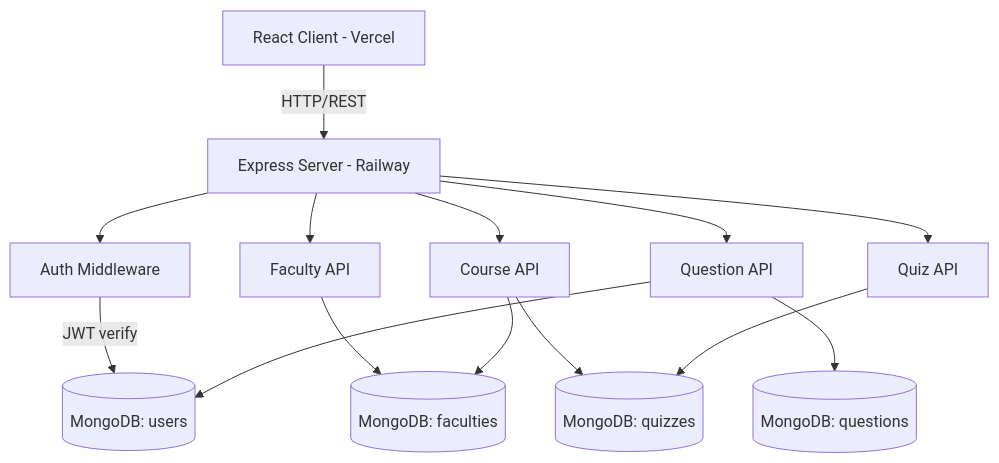
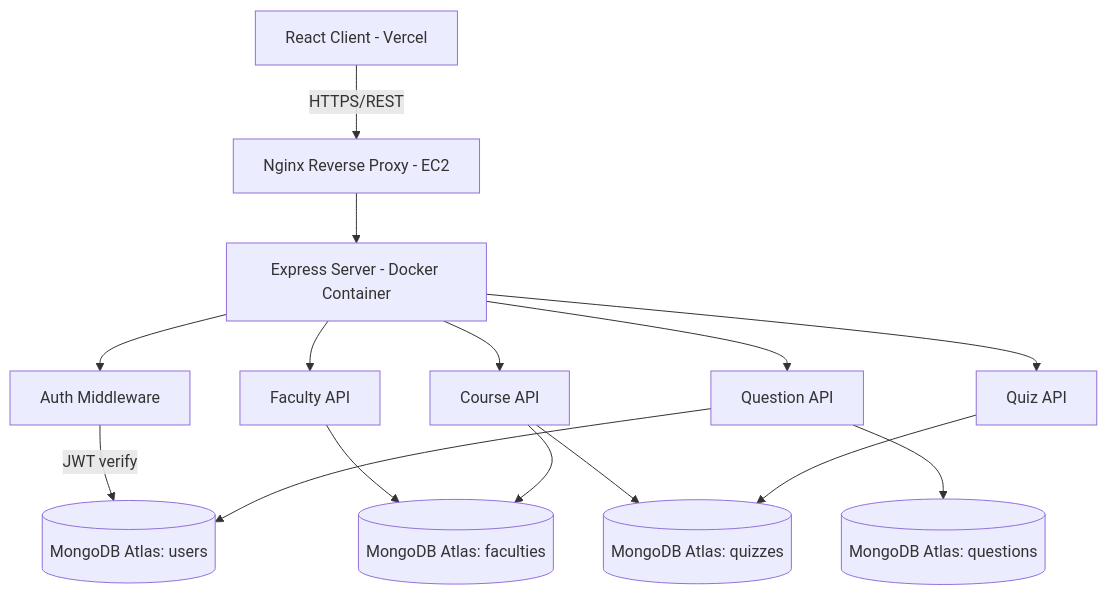
Before and after one commit to abdomohamed911/revquiz-platform: the diagram in README.md, drawn with Mermaid. The commit also changed other lines of this file and 1 other file, not shown here.

````diff
--- a/README.md
+++ b/README.md
@@ -40,16 +45,17 @@
 ```mermaid
 graph TD
-    Client[React Client - Vercel] -->|HTTP/REST| Server[Express Server - Railway]
+    Client[React Client - Vercel] -->|HTTPS/REST| Nginx[Nginx Reverse Proxy - EC2]
+    Nginx --> Server[Express Server - Docker Container]
     Server --> AuthMW[Auth Middleware]
-    AuthMW -->|JWT verify| UserDB[(MongoDB: users)]
+    AuthMW -->|JWT verify| UserDB[(MongoDB Atlas: users)]
     Server --> FacultyAPI[Faculty API]
     Server --> CourseAPI[Course API]
     Server --> QuizAPI[Quiz API]
     Server --> QuestionAPI[Question API]
-    FacultyAPI --> CourseDB[(MongoDB: faculties)]
+    FacultyAPI --> CourseDB[(MongoDB Atlas: faculties)]
     CourseAPI --> CourseDB
-    CourseAPI --> QuizDB[(MongoDB: quizzes)]
+    CourseAPI --> QuizDB[(MongoDB Atlas: quizzes)]
     QuizAPI --> QuizDB
-    QuestionAPI --> QuestionDB[(MongoDB: questions)]
+    QuestionAPI --> QuestionDB[(MongoDB Atlas: questions)]
     QuestionAPI --> UserDB
 ```
````
